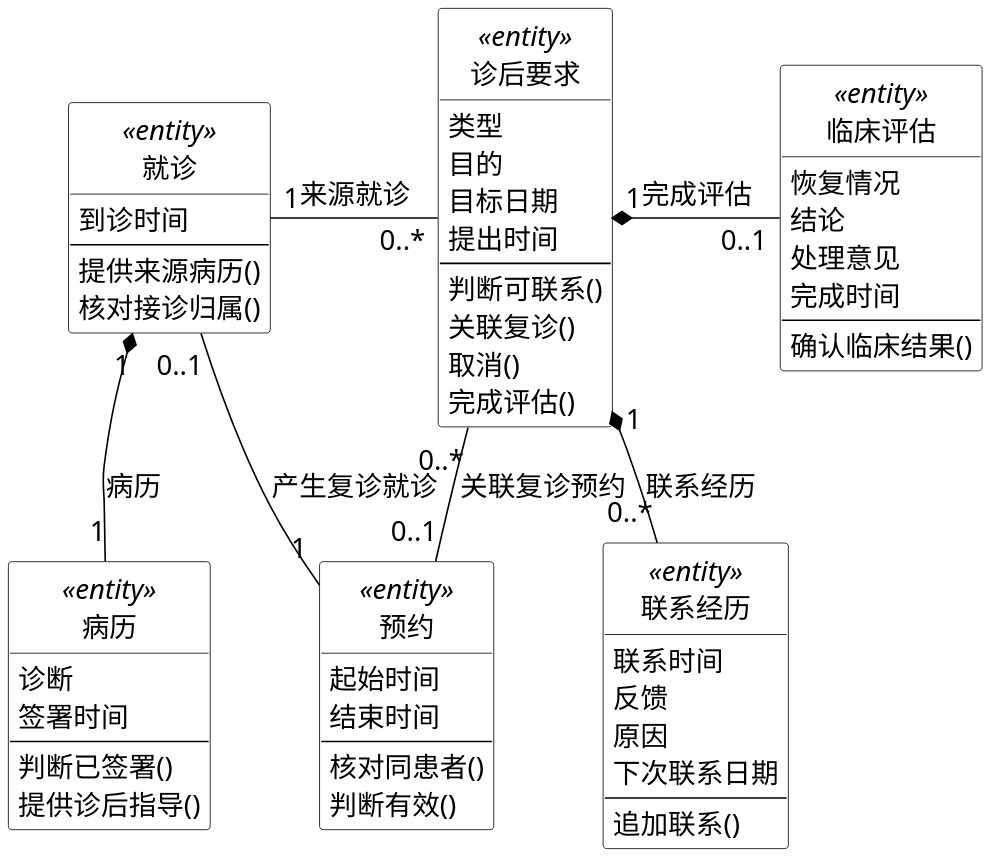
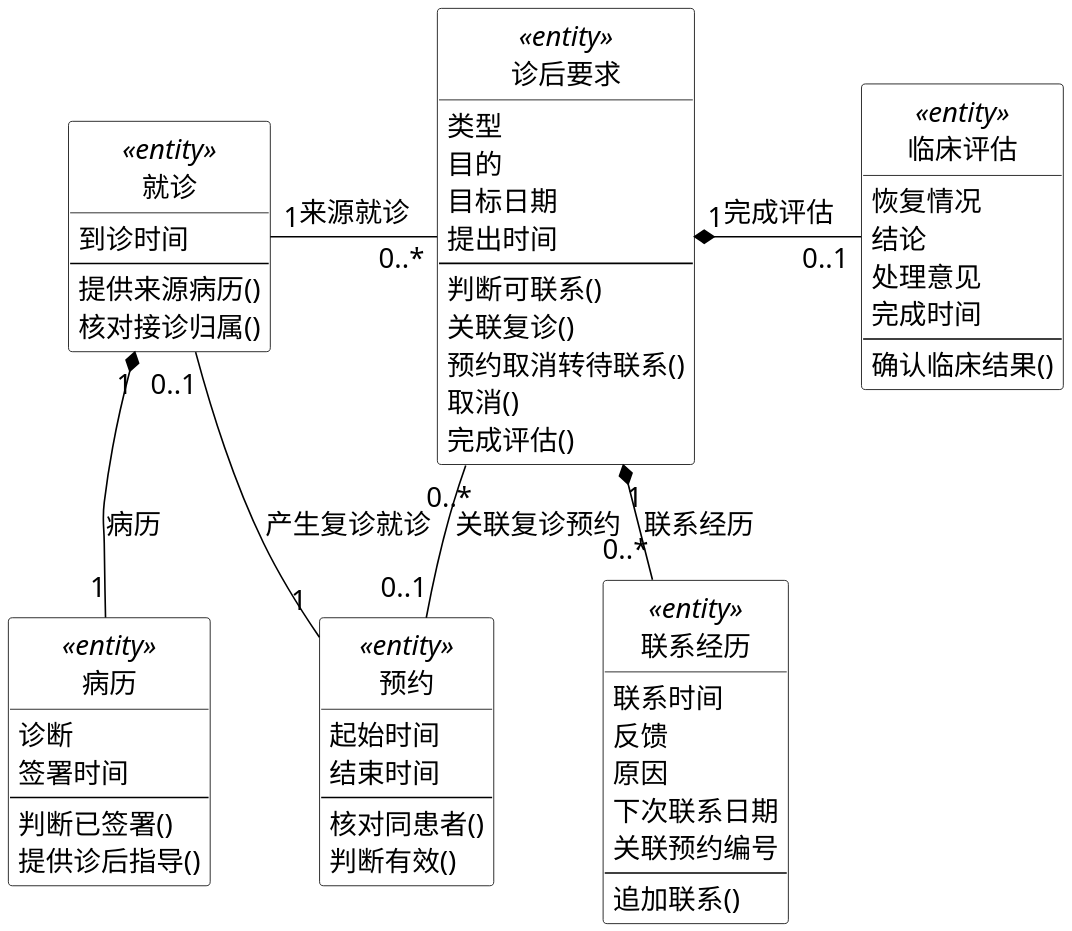
Before and after one commit to Shawmc-creator/systemAnalyseAndDesign: the diagram in 01-需求文档/diagrams/12c-analysis-followup-entities.puml, drawn with PlantUML. The commit also changed 50 other files, not shown here.

Commit message:
Revise requirements document and analysis diagrams

```diff
--- a/01-需求文档/diagrams/12c-analysis-followup-entities.puml
+++ b/01-需求文档/diagrams/12c-analysis-followup-entities.puml
@@ -1,72 +1,74 @@
 @startuml
 skinparam backgroundColor white
 skinparam shadowing false
 skinparam defaultFontName SimSun
 skinparam defaultFontSize 17
 skinparam dpi 200
 skinparam ArrowColor black
 skinparam class {
  BackgroundColor white
  BorderColor black
  FontColor black
 }
 skinparam classAttributeIconSize 0
 hide circle
 top to bottom direction
 skinparam nodesep 35
 skinparam ranksep 45
 class "就诊" as V <<entity>> {
  到诊时间
  --
  提供来源病历()
  核对接诊归属()
 }
 class "病历" as R <<entity>> {
  诊断
  签署时间
  --
  判断已签署()
  提供诊后指导()
 }
 class "诊后要求" as Q <<entity>> {
  类型
  目的
  目标日期
  提出时间
  --
  判断可联系()
  关联复诊()
+ 预约取消转待联系()
  取消()
  完成评估()
 }
 class "联系经历" as H <<entity>> {
  联系时间
  反馈
  原因
  下次联系日期
+ 关联预约编号
  --
  追加联系()
 }
 class "预约" as P <<entity>> {
  起始时间
  结束时间
  --
  核对同患者()
  判断有效()
 }
 class "临床评估" as E <<entity>> {
  恢复情况
  结论
  处理意见
  完成时间
  --
  确认临床结果()
 }
 V "1" *-down- "1" R : 病历
 V "1" -right- "0..*" Q : 来源就诊
 Q "1" *-down- "0..*" H : 联系经历
 Q "0..*" -right- "0..1" P : 关联复诊预约
 P "1" -up- "0..1" V : 产生复诊就诊
 Q "1" *-right- "0..1" E : 完成评估
 
 @enduml
```
